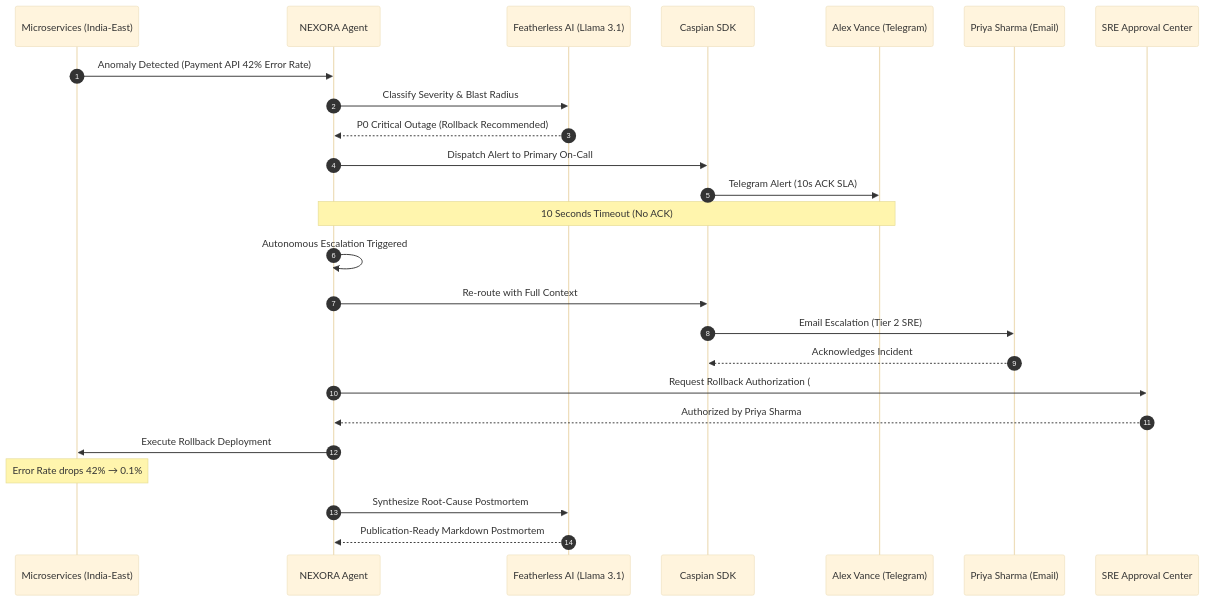
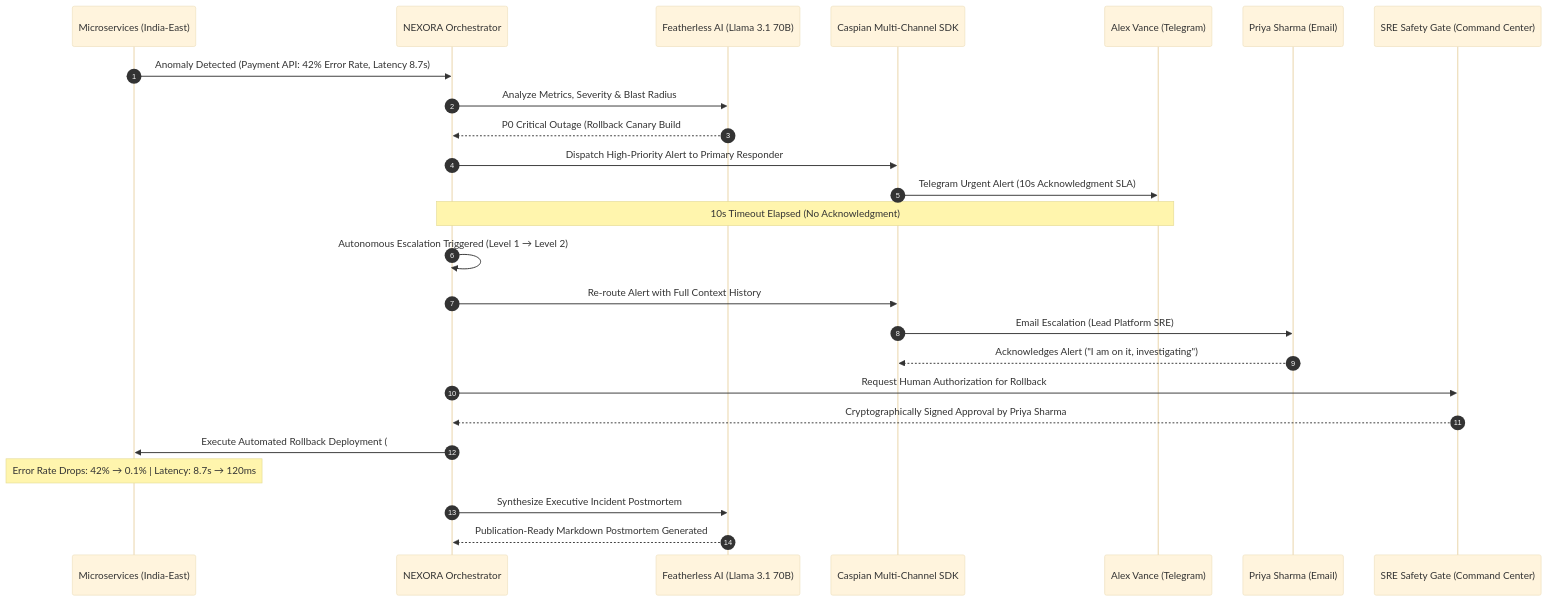
Before and after one commit to exepngsam/Nexora: the diagram in README.md, drawn with Mermaid (base theme). The commit also changed other lines of this file and 1 other file, not shown here.

Commit message:
docs: overhaul README with comprehensive architecture, live UI showcase, API specs, and MIT license

````diff
--- a/README.md
+++ b/README.md
@@ -83,28 +97,28 @@
 ```mermaid
 sequenceDiagram
     autonumber
     participant Telemetry as Microservices (India-East)
-    participant Nexora as NEXORA Agent
-    participant AI as Featherless AI (Llama 3.1)
-    participant Caspian as Caspian SDK
+    participant Nexora as NEXORA Orchestrator
+    participant AI as Featherless AI (Llama 3.1 70B)
+    participant Caspian as Caspian Multi-Channel SDK
     participant Alex as Alex Vance (Telegram)
     participant Priya as Priya Sharma (Email)
-    participant SRE as SRE Approval Center
+    participant SRE as SRE Safety Gate (Command Center)
 
-    Telemetry->>Nexora: Anomaly Detected (Payment API 42% Error Rate)
-    Nexora->>AI: Classify Severity & Blast Radius
-    AI-->>Nexora: P0 Critical Outage (Rollback Recommended)
-    Nexora->>Caspian: Dispatch Alert to Primary On-Call
-    Caspian->>Alex: Telegram Alert (10s ACK SLA)
-    Note over Alex,Nexora: 10 Seconds Timeout (No ACK)
-    Nexora->>Nexora: Autonomous Escalation Triggered
-    Nexora->>Caspian: Re-route with Full Context
-    Caspian->>Priya: Email Escalation (Tier 2 SRE)
-    Priya-->>Caspian: Acknowledges Incident
-    Nexora->>SRE: Request Rollback Authorization (#481)
-    SRE-->>Nexora: Authorized by Priya Sharma
-    Nexora->>Telemetry: Execute Rollback Deployment
-    Note over Telemetry: Error Rate drops 42% → 0.1%
-    Nexora->>AI: Synthesize Root-Cause Postmortem
-    AI-->>Nexora: Publication-Ready Markdown Postmortem
+    Telemetry->>Nexora: Anomaly Detected (Payment API: 42% Error Rate, Latency 8.7s)
+    Nexora->>AI: Analyze Metrics, Severity & Blast Radius
+    AI-->>Nexora: P0 Critical Outage (Rollback Canary Build #481 Recommended)
+    Nexora->>Caspian: Dispatch High-Priority Alert to Primary Responder
+    Caspian->>Alex: Telegram Urgent Alert (10s Acknowledgment SLA)
+    Note over Alex,Nexora: 10s Timeout Elapsed (No Acknowledgment)
+    Nexora->>Nexora: Autonomous Escalation Triggered (Level 1 → Level 2)
+    Nexora->>Caspian: Re-route Alert with Full Context History
+    Caspian->>Priya: Email Escalation (Lead Platform SRE)
+    Priya-->>Caspian: Acknowledges Alert ("I am on it, investigating")
+    Nexora->>SRE: Request Human Authorization for Rollback
+    SRE-->>Nexora: Cryptographically Signed Approval by Priya Sharma
+    Nexora->>Telemetry: Execute Automated Rollback Deployment (#481)
+    Note over Telemetry: Error Rate Drops: 42% → 0.1% | Latency: 8.7s → 120ms
+    Nexora->>AI: Synthesize Executive Incident Postmortem
+    AI-->>Nexora: Publication-Ready Markdown Postmortem Generated
 ```
````
